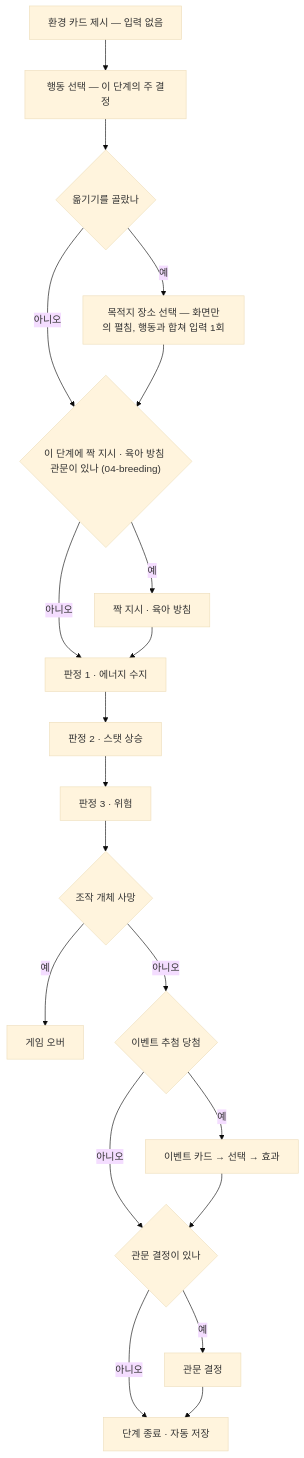
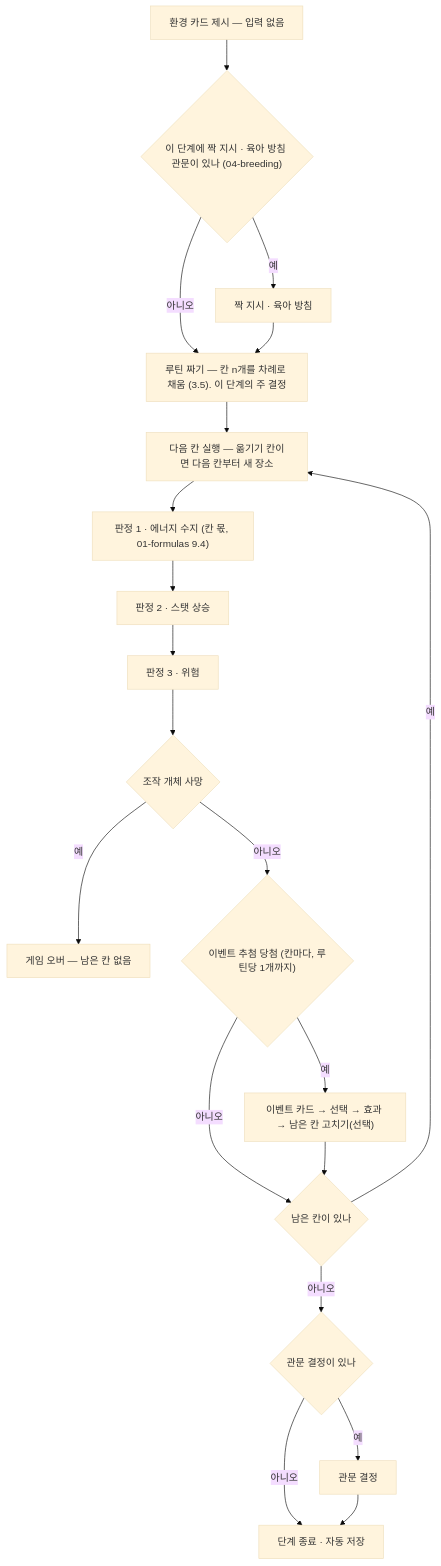
Before and after one commit to JJ1NNU/wildlife-of-bird: the second of 2 diagrams in docs/design/specs/00-core-loop.md, drawn with Mermaid (base theme). The commit also changed other lines of this file, not shown here.

````diff
--- a/docs/design/specs/00-core-loop.md
+++ b/docs/design/specs/00-core-loop.md
@@ -83,22 +83,22 @@
 ```mermaid
 flowchart TD
-    A["환경 카드 제시 — 입력 없음"] --> B["행동 선택 — 이 단계의 주 결정"]
-    B --> C{"옮기기를 골랐나"}
-    C -- 예 --> D["목적지 장소 선택 — 화면만의 펼침, 행동과 합쳐 입력 1회"]
-    C -- 아니오 --> E{"이 단계에 짝 지시 · 육아 방침 관문이 있나 (04-breeding)"}
-    D --> E
+    A["환경 카드 제시 — 입력 없음"] --> E{"이 단계에 짝 지시 · 육아 방침 관문이 있나 (04-breeding)"}
     E -- 예 --> F["짝 지시 · 육아 방침"]
-    E -- 아니오 --> G["판정 1 · 에너지 수지"]
-    F --> G
+    E -- 아니오 --> B["루틴 짜기 — 칸 n개를 차례로 채움 (3.5). 이 단계의 주 결정"]
+    F --> B
+    B --> S["다음 칸 실행 — 옮기기 칸이면 다음 칸부터 새 장소"]
+    S --> G["판정 1 · 에너지 수지 (칸 몫, 01-formulas 9.4)"]
     G --> H["판정 2 · 스탯 상승"]
     H --> I["판정 3 · 위험"]
     I --> J{"조작 개체 사망"}
-    J -- 예 --> Z["게임 오버"]
-    J -- 아니오 --> K{"이벤트 추첨 당첨"}
-    K -- 예 --> L["이벤트 카드 → 선택 → 효과"]
-    K -- 아니오 --> M{"관문 결정이 있나"}
-    L --> M
+    J -- 예 --> Z["게임 오버 — 남은 칸 없음"]
+    J -- 아니오 --> K{"이벤트 추첨 당첨 (칸마다, 루틴당 1개까지)"}
+    K -- 예 --> L["이벤트 카드 → 선택 → 효과 → 남은 칸 고치기(선택)"]
+    K -- 아니오 --> R{"남은 칸이 있나"}
+    L --> R
+    R -- 예 --> S
+    R -- 아니오 --> M{"관문 결정이 있나"}
     M -- 예 --> N["관문 결정"]
     M -- 아니오 --> O["단계 종료 · 자동 저장"]
     N --> O
 ```
````
